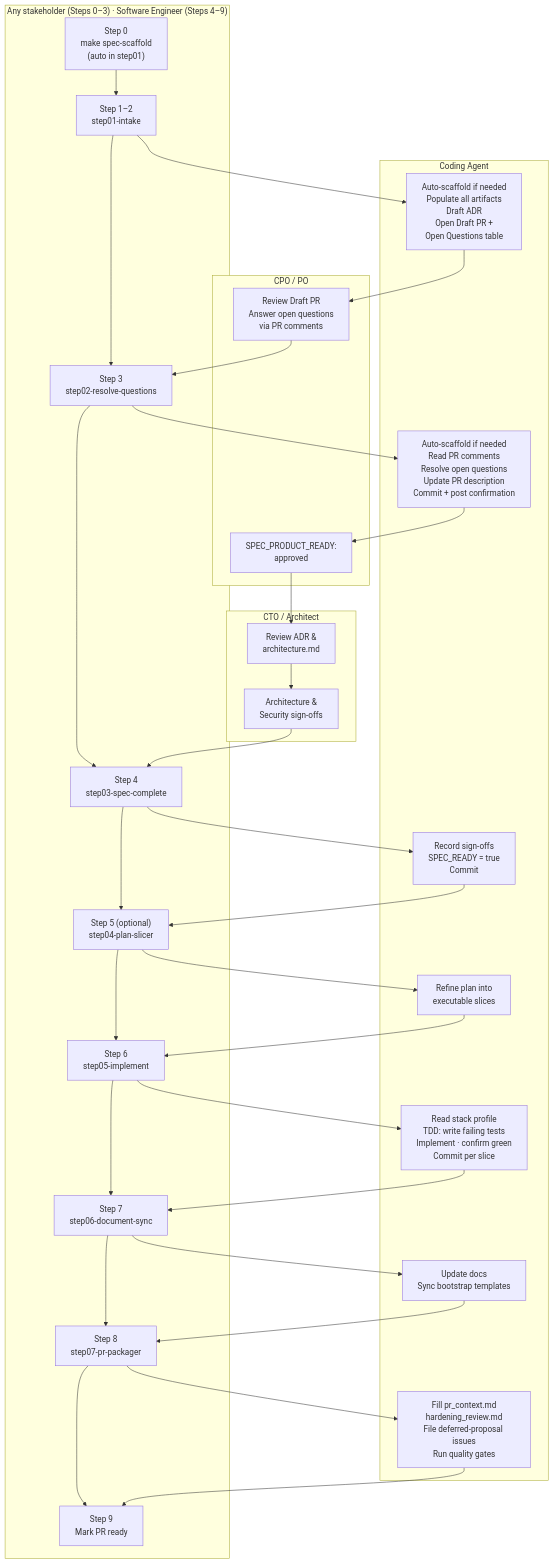
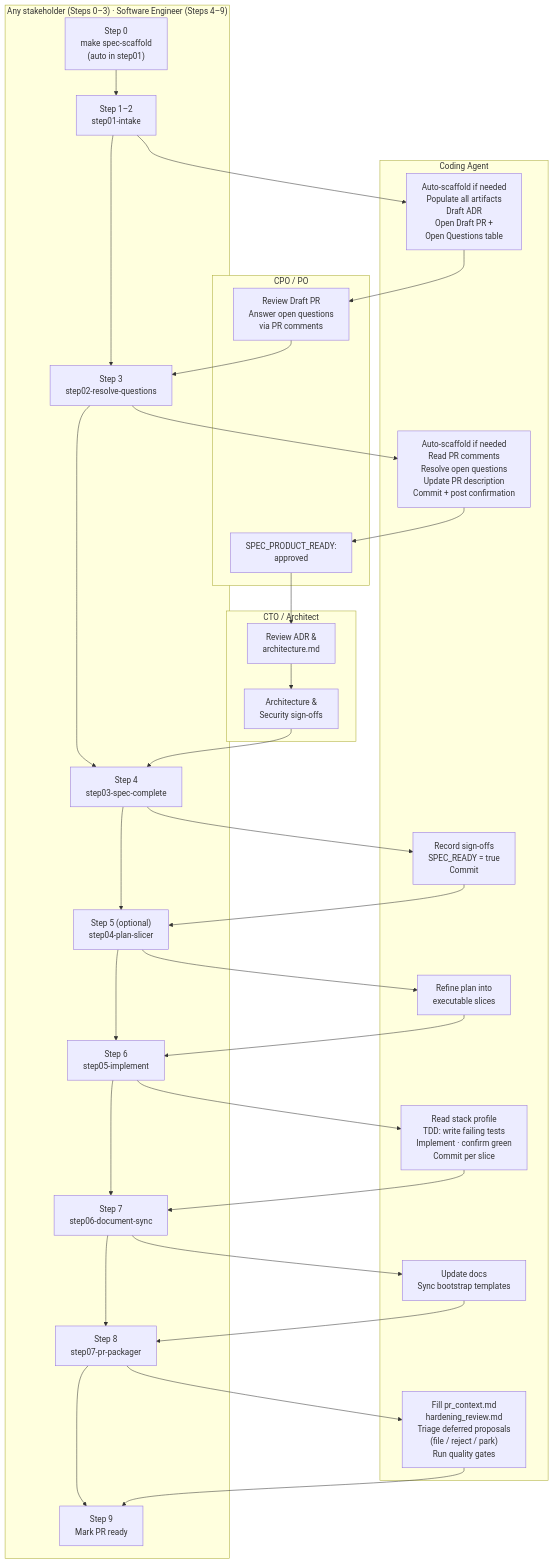
One commit to sbonoc/stackit-platform-blueprint changed the second of 3 diagrams in scripts/templates/blueprint/bootstrap/docs/blueprint/governance/sdd_execution_guide.md. Above: the diagram before and after it, drawn with Mermaid. The commit also changed other lines of this file and 12 other files, not shown here.

````diff
--- a/scripts/templates/blueprint/bootstrap/docs/blueprint/governance/sdd_execution_guide.md
+++ b/scripts/templates/blueprint/bootstrap/docs/blueprint/governance/sdd_execution_guide.md
@@ -55,54 +55,54 @@
 ```mermaid
 flowchart TD
     subgraph PO["CPO / PO"]
         p1["Review Draft PR\nAnswer open questions\nvia PR comments"]
         p2["SPEC_PRODUCT_READY:\napproved"]
     end
 
     subgraph ARCH["CTO / Architect"]
         c1["Review ADR &\narchitecture.md"]
         c2["Architecture &\nSecurity sign-offs"]
     end
 
     subgraph SWE["Any stakeholder (Steps 0–3) · Software Engineer (Steps 4–9)"]
         s0["Step 0\nmake spec-scaffold\n(auto in step01)"]
         s1["Step 1–2\nstep01-intake"]
         s2["Step 3\nstep02-resolve-questions"]
         s3["Step 4\nstep03-spec-complete"]
         s4["Step 5 (optional)\nstep04-plan-slicer"]
         s5["Step 6\nstep05-implement"]
         s6["Step 7\nstep06-document-sync"]
         s7["Step 8\nstep07-pr-packager"]
         s8["Step 9\nMark PR ready"]
         s0-->s1-->s2-->s3-->s4-->s5-->s6-->s7-->s8
     end
 
     subgraph AGENT["Coding Agent"]
         a1["Auto-scaffold if needed\nPopulate all artifacts\nDraft ADR\nOpen Draft PR +\nOpen Questions table"]
         a2["Auto-scaffold if needed\nRead PR comments\nResolve open questions\nUpdate PR description\nCommit + post confirmation"]
         a3["Record sign-offs\nSPEC_READY = true\nCommit"]
         a4["Refine plan into\nexecutable slices"]
         a5["Read stack profile\nTDD: write failing tests\nImplement · confirm green\nCommit per slice"]
         a6["Update docs\nSync bootstrap templates"]
-        a7["Fill pr_context.md\nhardening_review.md\nFile deferred-proposal issues\nRun quality gates"]
+        a7["Fill pr_context.md\nhardening_review.md\nTriage deferred proposals\n(file / reject / park)\nRun quality gates"]
     end
 
     s1 --> a1
     a1 --> p1
     p1 --> s2
     s2 --> a2
     a2 --> p2
     p2 --> c1
     c1 --> c2
     c2 --> s3
     s3 --> a3
     a3 --> s4
     s4 --> a4
     a4 --> s5
     s5 --> a5
     a5 --> s6
     s6 --> a6
     a6 --> s7
     s7 --> a7
     a7 --> s8
 ```
````
